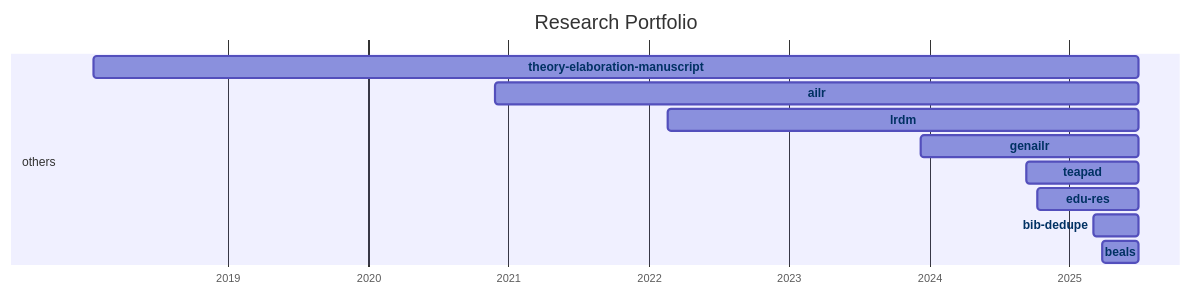
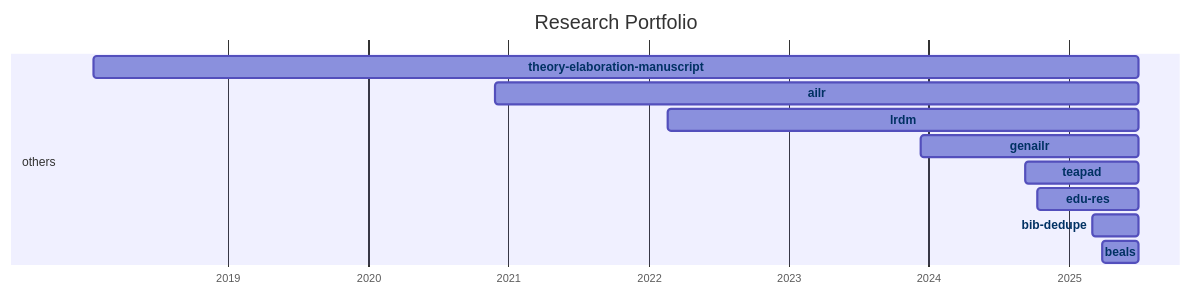
The diagram in docs/20-research/25-projects-gantt.md (digital-work-lab/handbook), drawn with Mermaid before and after one commit. The commit also changed 2 other files, not shown here.

Commit message:
Update repository overview

````diff
--- a/docs/20-research/25-projects-gantt.md
+++ b/docs/20-research/25-projects-gantt.md
@@ -8,35 +8,35 @@
 ```mermaid
 ---
 displayMode: compact
 ---
 gantt
 title Research Portfolio
 dateFormat YYYY-MM-DD
 axisFormat %Y
 
     section work_practices
 
     section distributed_organizing
 
     section knowledge_synthesis
 
     section others
-        beals :beals, 2025-03-28, 2025-06-30
-        bib-dedupe :bib-dedupe, 2025-03-04, 2025-06-30
-        edu-res :edu-res, 2024-10-10, 2025-06-30
-        teapad :teapad, 2024-09-10, 2025-06-30
-        genailr :genailr, 2023-12-10, 2025-06-30
-        lrdm :lrdm, 2022-02-20, 2025-06-30
-        ailr :ailr, 2020-11-26, 2025-06-30
-        theory-elaboration-manuscript :theory-elaboration-manuscript, 2018-01-15, 2025-06-30
+        beals :beals, 2025-03-28, 2025-07-01
+        bib-dedupe :bib-dedupe, 2025-03-04, 2025-07-01
+        edu-res :edu-res, 2024-10-10, 2025-07-01
+        teapad :teapad, 2024-09-10, 2025-07-01
+        genailr :genailr, 2023-12-10, 2025-07-01
+        lrdm :lrdm, 2022-02-20, 2025-07-01
+        ailr :ailr, 2020-11-26, 2025-07-01
+        theory-elaboration-manuscript :theory-elaboration-manuscript, 2018-01-15, 2025-07-01
 
 
     click beals href "{{ site.baseurl }}/docs/20-research/25-projects/_repos/beals"
     click bib-dedupe href "{{ site.baseurl }}/docs/20-research/25-projects/_repos/bib-dedupe"
     click edu-res href "{{ site.baseurl }}/docs/20-research/25-projects/_repos/edu-res"
     click teapad href "{{ site.baseurl }}/docs/20-research/25-projects/_repos/teapad"
     click genailr href "{{ site.baseurl }}/docs/20-research/25-projects/_repos/genailr"
     click lrdm href "{{ site.baseurl }}/docs/20-research/25-projects/_repos/lrdm"
     click ailr href "{{ site.baseurl }}/docs/20-research/25-projects/_repos/ailr"
     click theory-elaboration-manuscript href "{{ site.baseurl }}/docs/20-research/25-projects/_repos/theory-elaboration-manuscript"
 ```
````
